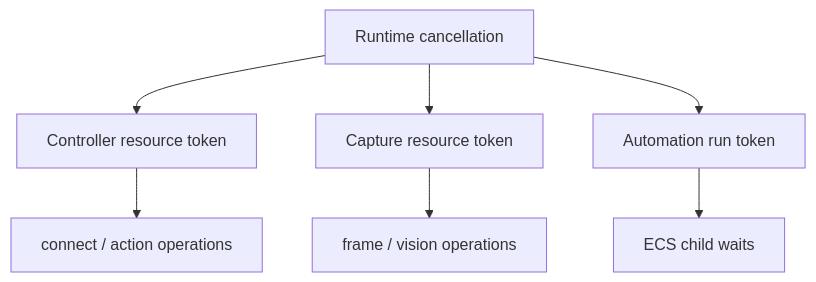
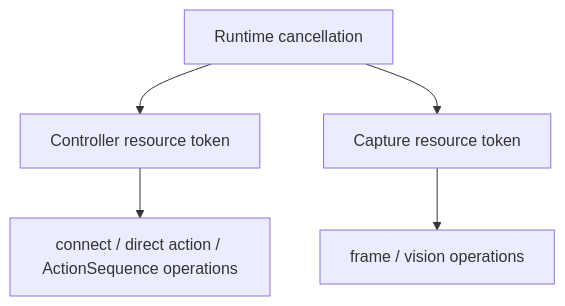
The fourth of 6 diagrams in docs/architecture/runtime-lifecycle.md (XiaoyuBook/easycon-sdk), drawn with Mermaid before and after one commit. The commit also changed other lines of this file and 10 other files, not shown here.

````diff
--- a/docs/architecture/runtime-lifecycle.md
+++ b/docs/architecture/runtime-lifecycle.md
@@ -128,17 +127,13 @@
 ```mermaid
 flowchart TD
     ROOT["Runtime cancellation"]
     CR["Controller resource token"]
     VR["Capture resource token"]
-    AR["Automation run token"]
-    OP1["connect / action operations"]
+    OP1["connect / direct action / ActionSequence operations"]
     OP2["frame / vision operations"]
-    OP3["ECS child waits"]
 
     ROOT --> CR
     ROOT --> VR
-    ROOT --> AR
     CR --> OP1
     VR --> OP2
-    AR --> OP3
 ```
````
